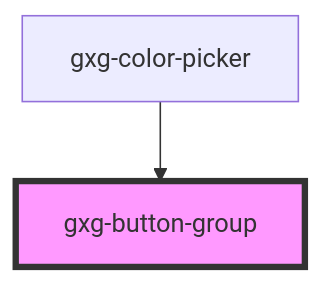
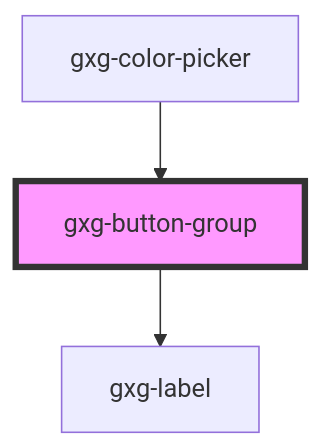
Before and after one commit to genexuslabs/gemini: the diagram in src/components/button-group/readme.md, drawn with Mermaid. The commit also changed other lines of this file and 59 other files, not shown here.

Commit message:
update "label" with "gxg-label"

````diff
--- a/src/components/button-group/readme.md
+++ b/src/components/button-group/readme.md
@@ -50,5 +54,6 @@
 ```mermaid
 graph TD;
+  gxg-button-group --> gxg-label
   gxg-color-picker --> gxg-button-group
   style gxg-button-group fill:#f9f,stroke:#333,stroke-width:4px
 ```
````
